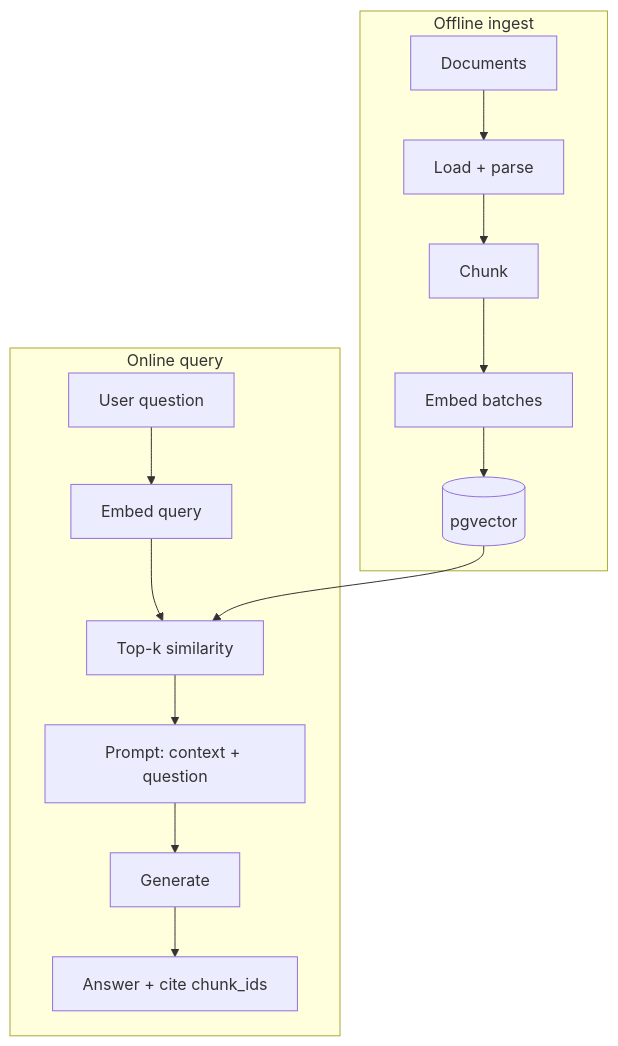
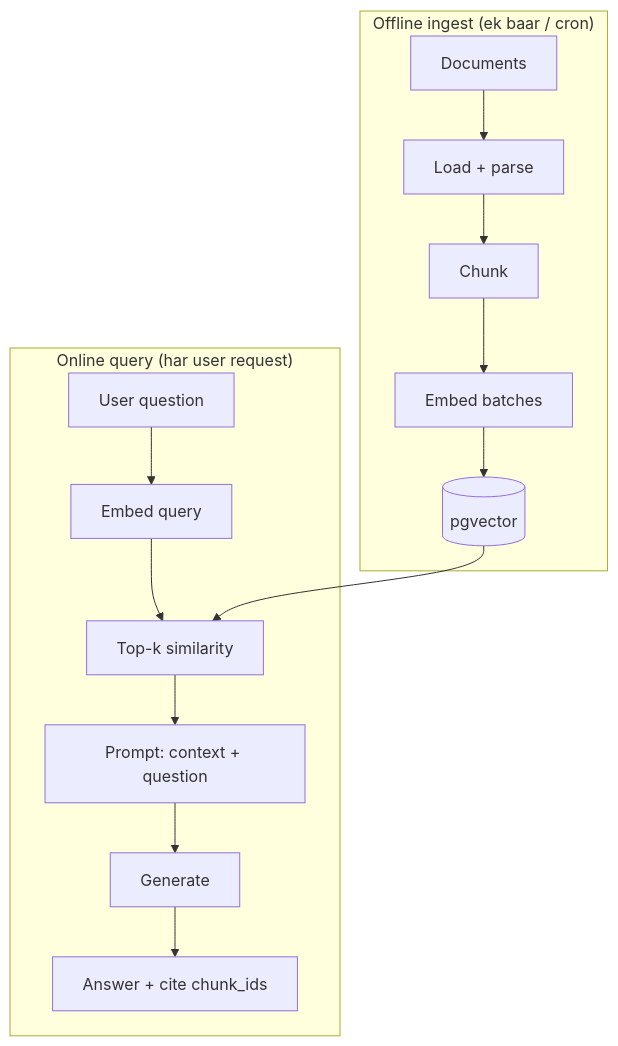
One commit to codevoks/Learning changed the first of 2 diagrams in AI/AI Development/modules/05-rag-pgvector/MODULE.md. Above: the diagram before and after it, drawn with Mermaid. The commit also changed other lines of this file and 32 other files, not shown here.

````diff
--- a/AI/AI Development/modules/05-rag-pgvector/MODULE.md
+++ b/AI/AI Development/modules/05-rag-pgvector/MODULE.md
@@ -79,17 +186,17 @@
 ```mermaid
 flowchart TB
-    subgraph offline["Offline ingest"]
+    subgraph offline["Offline ingest (ek baar / cron)"]
         D[Documents] --> L[Load + parse]
         L --> C[Chunk]
         C --> E[Embed batches]
         E --> DB[(pgvector)]
     end
-    subgraph online["Online query"]
+    subgraph online["Online query (har user request)"]
         Q[User question] --> QE[Embed query]
         QE --> R[Top-k similarity]
         DB --> R
         R --> P[Prompt: context + question]
         P --> LLM[Generate]
         LLM --> A[Answer + cite chunk_ids]
     end
 ```
````
